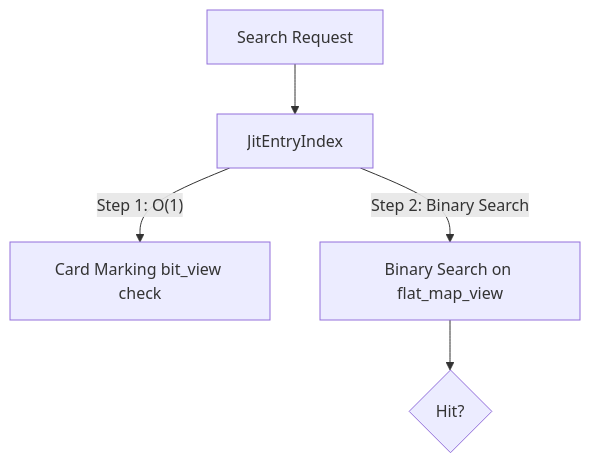
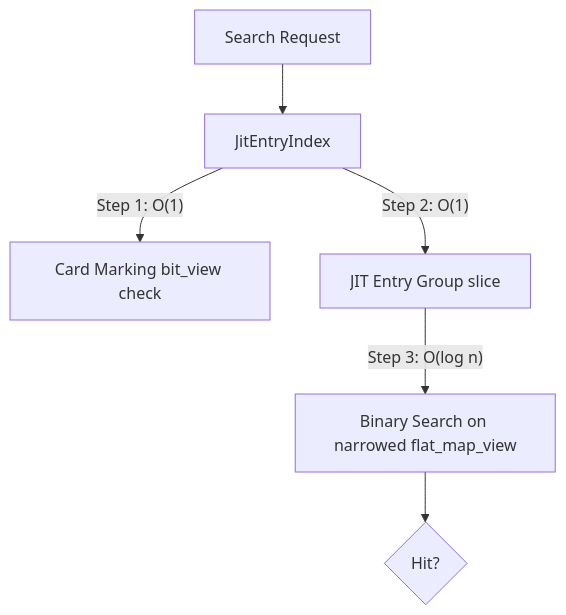
The first of 2 diagrams in docs/components/tier3_jit/jit_runtime_entry.md (kmt-t/fireball), drawn with Mermaid before and after one commit. The commit also changed other lines of this file and 7 other files, not shown here.

Commit message:
docs: define JIT Entry Group Index (O(1) coarse narrowing) and JIT Entry Table (flat_map_view binary search)

````diff
--- a/docs/components/tier3_jit/jit_runtime_entry.md
+++ b/docs/components/tier3_jit/jit_runtime_entry.md
@@ -19,7 +20,8 @@
 ```mermaid
 graph TD
     Search[Search Request] --> Engine[JitEntryIndex]
     Engine -->|"Step 1: O(1)"| Mark[Card Marking bit_view check]
-    Engine -->|"Step 2: Binary Search"| BinSearch[Binary Search on flat_map_view]
+    Engine -->|"Step 2: O(1)"| Group[JIT Entry Group slice]
+    Group -->|"Step 3: O(log n)"| BinSearch[Binary Search on narrowed flat_map_view]
     BinSearch --> Result{Hit?}
 ```
````
